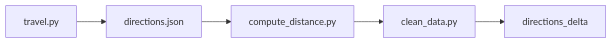
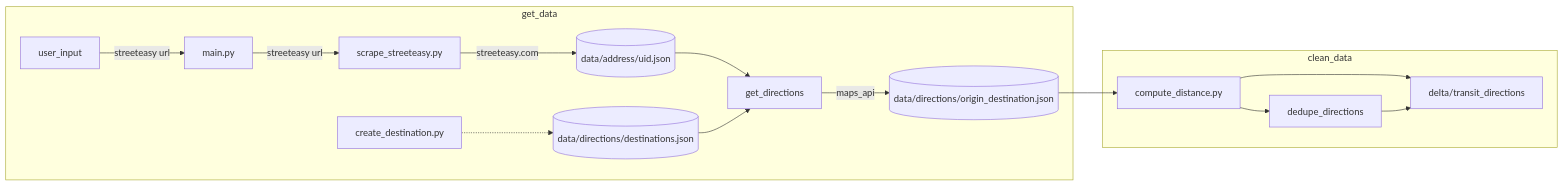
The diagram in readme.md (jeffbrennan/homehuntr), drawn with Mermaid before and after one commit.

Commit message:
update elt diagram

````diff
--- a/readme.md
+++ b/readme.md
@@ -24,7 +24,18 @@
 ```mermaid
   graph LR;
-      travel.py-->directions.json;
-      directions.json-->compute_distance.py;
-      compute_distance.py-->clean_data.py;
-      clean_data.py-->directions_delta;
+      subgraph get_data
+      user_input--streeteasy url-->main.py;
+      main.py--streeteasy url-->scrape_streeteasy.py;
+      scrape_streeteasy.py--streeteasy.com-->apt_json[(data/address/uid.json)];
+      apt_json-->get_directions;
+      create_destination.py-.->destinations_json;
+      destinations_json[(data/directions/destinations.json)]-->get_directions;
+      get_directions--maps_api-->directions_json[(data/directions/origin_destination.json)];
+      end;
+      subgraph clean_data
+      directions_json-->compute_distance.py;
+      compute_distance.py-->delta/transit_directions;
+      compute_distance.py-->dedupe_directions;
+      dedupe_directions-->delta/transit_directions;
+      end;
 ```
````
